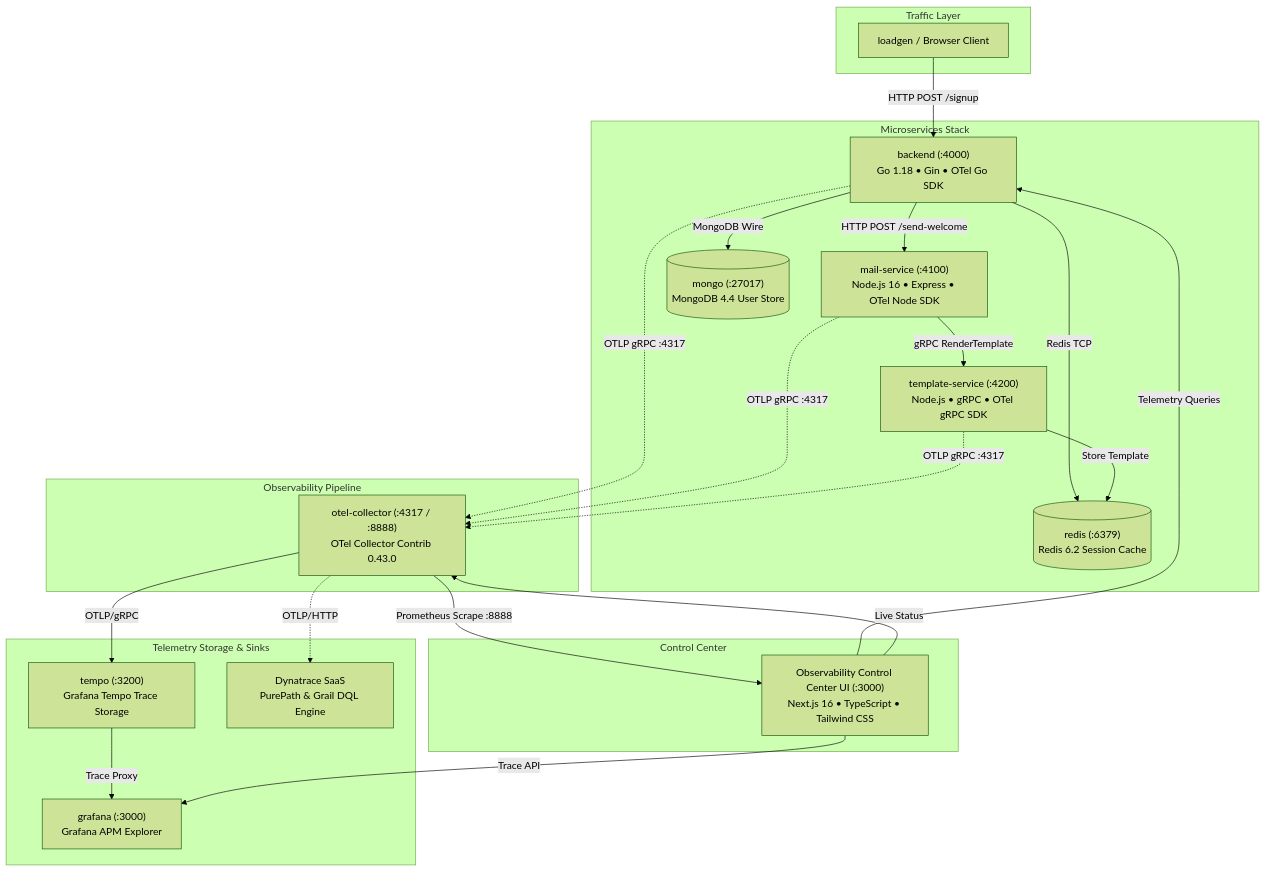
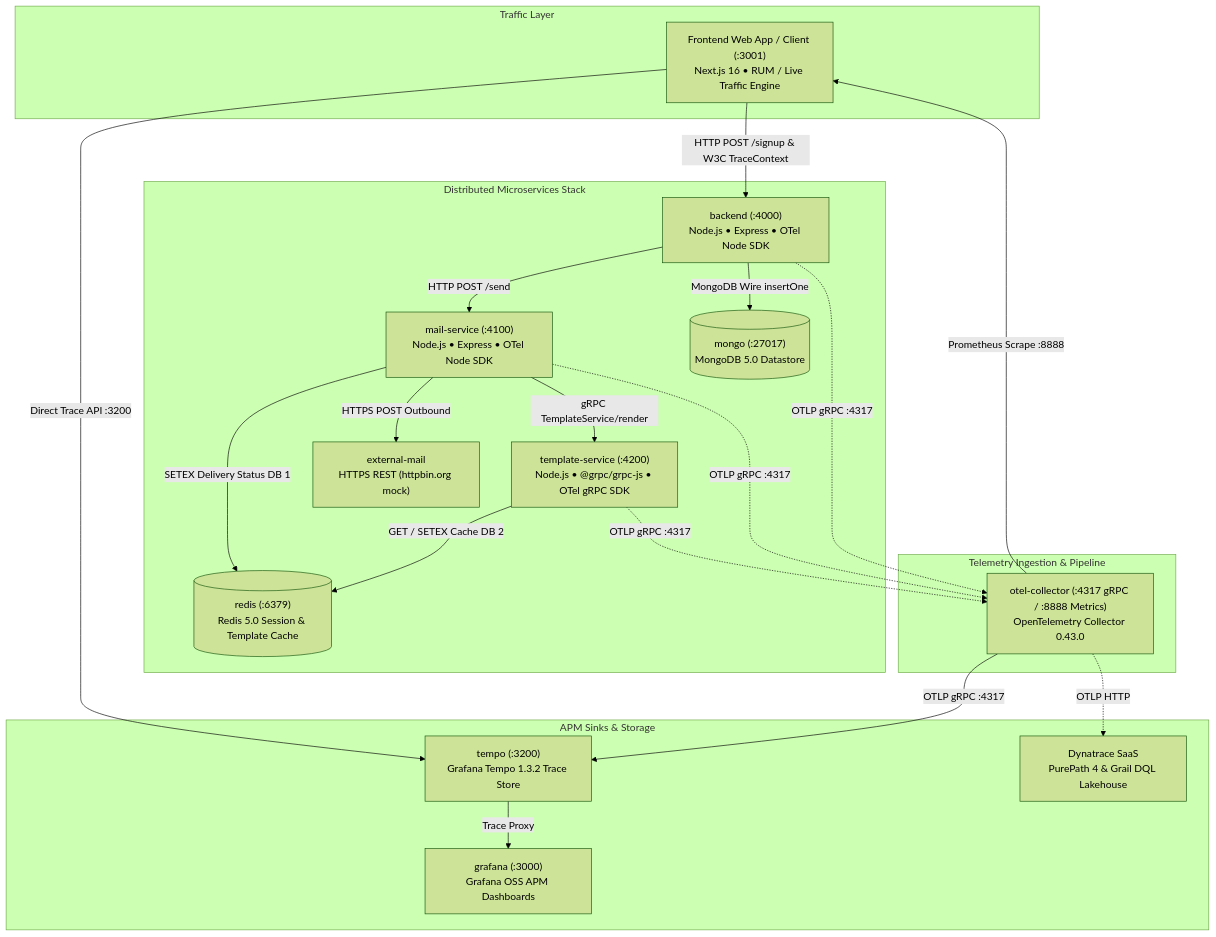
One commit to krishna-baviskar/otel changed the diagram in README.md. Above: the diagram before and after it, drawn with Mermaid (forest theme). The commit also changed other lines of this file and 13 other files, not shown here.

Commit message:
feat: real-time distributed tracing, 8-node topology, live traffic engine, and Tempo parser

````diff
--- a/README.md
+++ b/README.md
@@ -28,48 +35,43 @@
 ```mermaid
 flowchart TD
     subgraph ClientLayer["Traffic Layer"]
-        LoadGen["loadgen / Browser Client"]
+        Client["Frontend Web App / Client (:3001)<br/>Next.js 16 • RUM / Live Traffic Engine"]
     end
 
-    subgraph Microservices["Microservices Stack"]
-        Backend["backend (:4000)<br/>Go 1.18 • Gin • OTel Go SDK"]
-        Mail["mail-service (:4100)<br/>Node.js 16 • Express • OTel Node SDK"]
-        Template["template-service (:4200)<br/>Node.js • gRPC • OTel gRPC SDK"]
-        Mongo[("mongo (:27017)<br/>MongoDB 4.4 User Store")]
-        Redis[("redis (:6379)<br/>Redis 6.2 Session Cache")]
+    subgraph Microservices["Distributed Microservices Stack"]
+        Backend["backend (:4000)<br/>Node.js • Express • OTel Node SDK"]
+        Mail["mail-service (:4100)<br/>Node.js • Express • OTel Node SDK"]
+        Template["template-service (:4200)<br/>Node.js • @grpc/grpc-js • OTel gRPC SDK"]
+        Mongo[("mongo (:27017)<br/>MongoDB 5.0 Datastore")]
+        Redis[("redis (:6379)<br/>Redis 5.0 Session & Template Cache")]
+        ExternalMail["external-mail<br/>HTTPS REST (httpbin.org mock)"]
     end
 
-    subgraph Ingestion["Observability Pipeline"]
-        Collector["otel-collector (:4317 / :8888)<br/>OTel Collector Contrib 0.43.0"]
+    subgraph Pipeline["Telemetry Ingestion & Pipeline"]
+        Collector["otel-collector (:4317 gRPC / :8888 Metrics)<br/>OpenTelemetry Collector 0.43.0"]
     end
 
-    subgraph Storage["Telemetry Storage & Sinks"]
-        Tempo["tempo (:3200)<br/>Grafana Tempo Trace Storage"]
-        Grafana["grafana (:3000)<br/>Grafana APM Explorer"]
-        Dynatrace["Dynatrace SaaS<br/>PurePath & Grail DQL Engine"]
+    subgraph Storage["APM Sinks & Storage"]
+        Tempo["tempo (:3200)<br/>Grafana Tempo 1.3.2 Trace Store"]
+        Grafana["grafana (:3000)<br/>Grafana OSS APM Dashboards"]
+        Dynatrace["Dynatrace SaaS<br/>PurePath 4 & Grail DQL Lakehouse"]
     end
 
-    subgraph UI["Control Center"]
-        Frontend["Observability Control Center UI (:3000)<br/>Next.js 16 • TypeScript • Tailwind CSS"]
-    end
-
-    LoadGen -->|HTTP POST /signup| Backend
-    Backend -->|MongoDB Wire| Mongo
-    Backend -->|Redis TCP| Redis
-    Backend -->|HTTP POST /send-welcome| Mail
-    Mail -->|gRPC RenderTemplate| Template
-    Template -->|Store Template| Redis
+    Client -->|HTTP POST /signup & W3C TraceContext| Backend
+    Backend -->|MongoDB Wire insertOne| Mongo
+    Backend -->|HTTP POST /send| Mail
+    Mail -->|gRPC TemplateService/render| Template
+    Template -->|GET / SETEX Cache DB 2| Redis
+    Mail -->|SETEX Delivery Status DB 1| Redis
+    Mail -->|HTTPS POST Outbound| ExternalMail
 
     Backend -.->|OTLP gRPC :4317| Collector
     Mail -.->|OTLP gRPC :4317| Collector
     Template -.->|OTLP gRPC :4317| Collector
 
-    Collector -->|OTLP/gRPC| Tempo
-    Collector -->|Prometheus Scrape :8888| Frontend
-    Collector -.->|OTLP/HTTP| Dynatrace
+    Collector -->|OTLP gRPC :4317| Tempo
+    Collector -->|Prometheus Scrape :8888| Client
+    Collector -.->|OTLP HTTP| Dynatrace
     Tempo -->|Trace Proxy| Grafana
-
-    Frontend -->|Telemetry Queries| Backend
-    Frontend -->|Trace API| Grafana
-    Frontend -->|Live Status| Collector
+    Client -->|Direct Trace API :3200| Tempo
 ```
````
